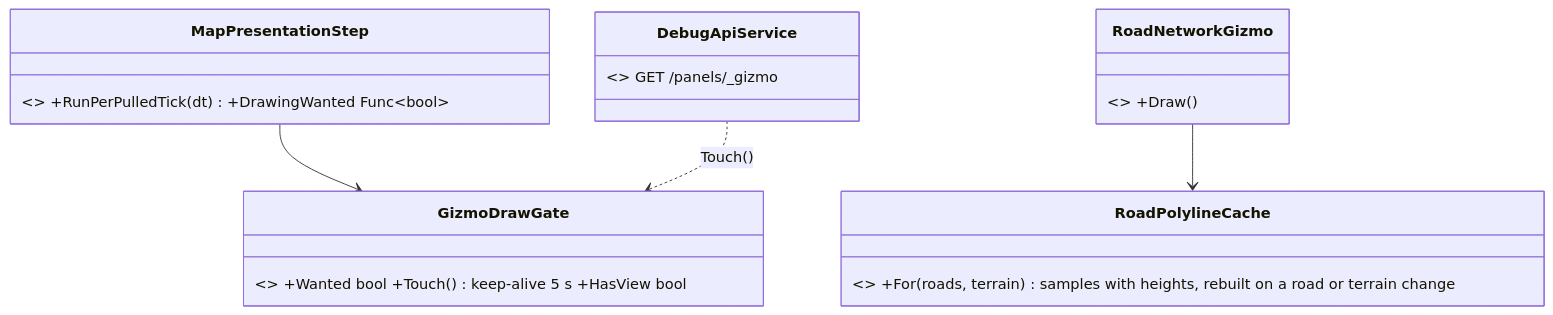
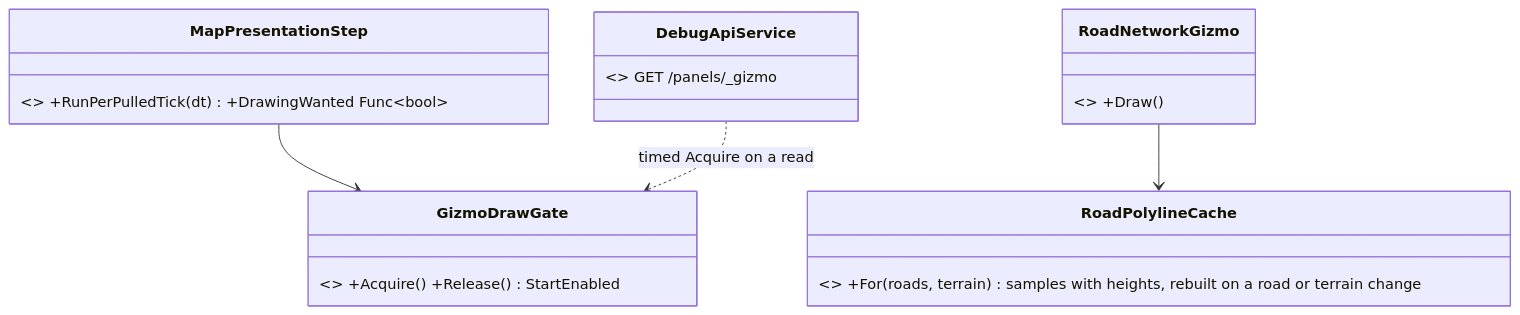
Before and after one commit to pjanec/HROT: diagram 13 of 13 in docs/DESIGN_Threaded_Simulation_Presentation.md, drawn with Mermaid. The commit also changed other lines of this file, not shown here.

Commit message:
16 HL-1 revised: reuse GZH-003's ref-counted gizmo gate (the editor alone starts it on, assuming a window) - no new gate; HL-2: the cache keys on the ground's change signal
Claude-Session: https://claude.ai/code/session_01LFZqNkpk13fSVwoxif7U7u

````diff
--- a/docs/DESIGN_Threaded_Simulation_Presentation.md
+++ b/docs/DESIGN_Threaded_Simulation_Presentation.md
@@ -1042,11 +1042,11 @@
 ```mermaid
 classDiagram
   class MapPresentationStep { <<existing>> +RunPerPulledTick(dt) +DrawingWanted Func~bool~ }
-  class GizmoDrawGate { <<new, Hrot.Presentation>> +Wanted bool +Touch() keep-alive 5 s +HasView bool }
+  class GizmoDrawGate { <<existing GZH-003: the TogglablePostSimulationGroup's ref-counted gate>> +Acquire() +Release() StartEnabled }
   class RoadNetworkGizmo { <<existing>> +Draw() }
   class RoadPolylineCache { <<new>> +For(roads, terrain) samples with heights, rebuilt on a road or terrain change }
   class DebugApiService { <<existing>> GET /panels/_gizmo }
   MapPresentationStep --> GizmoDrawGate
-  DebugApiService ..> GizmoDrawGate : Touch()
+  DebugApiService ..> GizmoDrawGate : timed Acquire on a read
   RoadNetworkGizmo --> RoadPolylineCache
 ```
````
